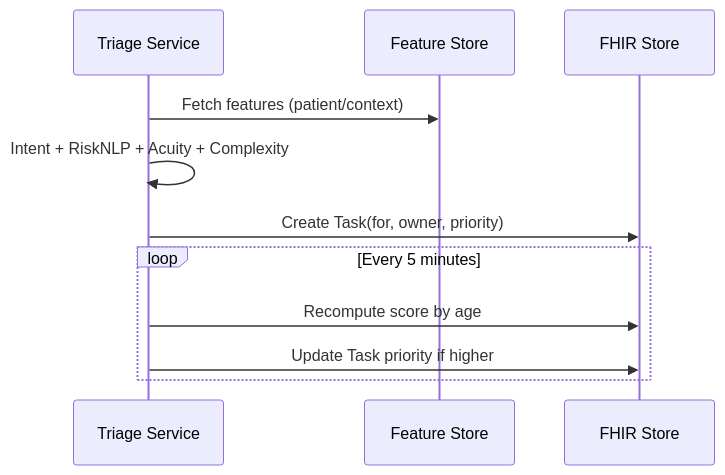
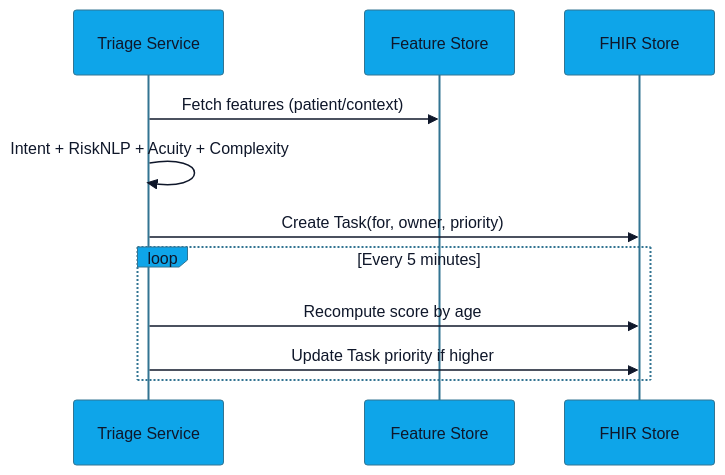
Before and after one commit to georgeahmed/onecare: the sixth of 13 diagrams in Algorithm.md, drawn with Mermaid. The commit also changed other lines of this file, not shown here.

````diff
--- a/Algorithm.md
+++ b/Algorithm.md
@@ -408,13 +463,14 @@
 ```mermaid
+%%{init: {'theme':'base', 'themeVariables': {'primaryColor': '#0ea5e9','secondaryColor': '#6366f1','tertiaryColor': '#10b981','primaryTextColor': '#0f172a','lineColor': '#64748b','fontFamily': 'Inter, ui-sans-serif, system-ui'}}}%%
 sequenceDiagram
   participant Tri as Triage Service
   participant FS as Feature Store
   participant F as FHIR Store
   Tri->>FS: Fetch features (patient/context)
   Tri->>Tri: Intent + RiskNLP + Acuity + Complexity
   Tri->>F: Create Task(for, owner, priority)
   loop Every 5 minutes
     Tri->>F: Recompute score by age
     Tri->>F: Update Task priority if higher
   end
 ```
````
